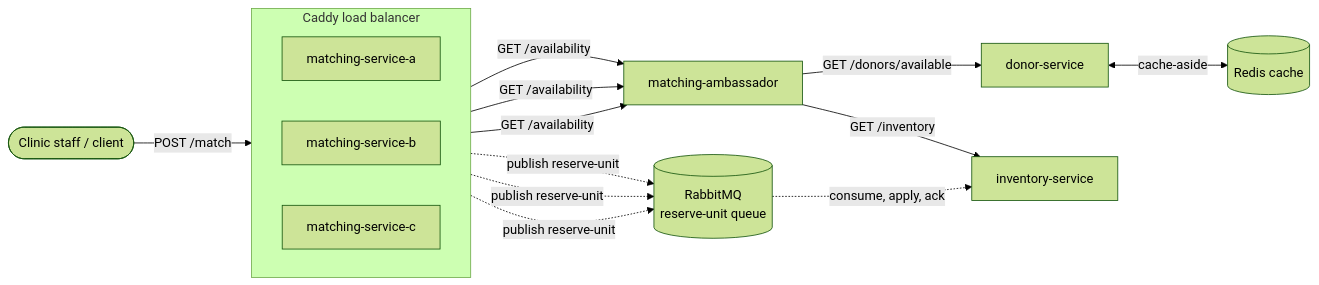
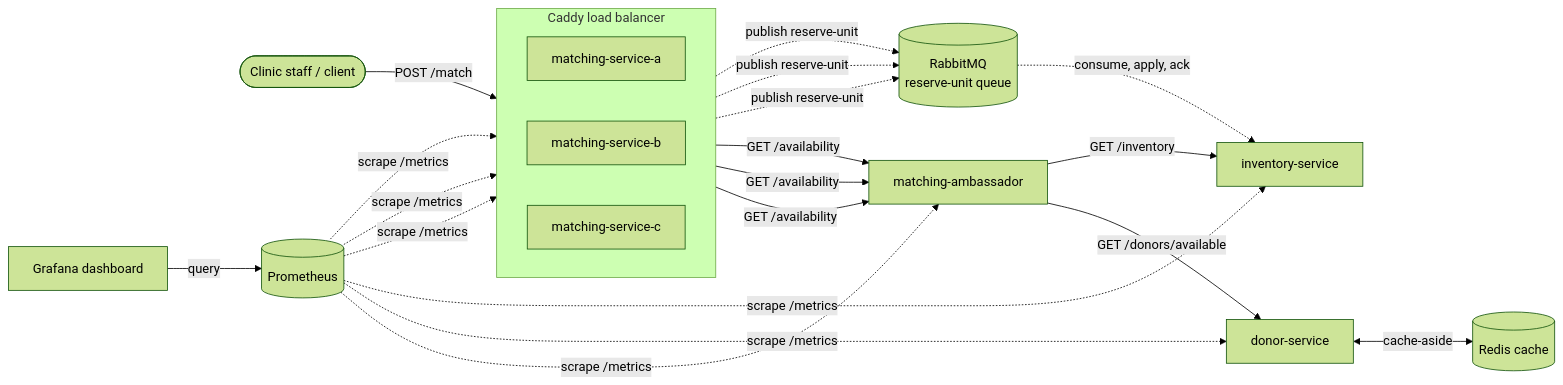
One commit to RitonlyD/426-project-ritonly-rafael changed the diagram in docs/SERVICES.md. Above: the diagram before and after it, drawn with Mermaid (forest theme). The commit also changed other lines of this file, not shown here.

Commit message:
docs(services): add Prometheus/Grafana to the final system diagram

````diff
--- a/docs/SERVICES.md
+++ b/docs/SERVICES.md
@@ -29,30 +35,40 @@
 ```mermaid
 flowchart LR
     Client([Clinic staff / client])
 
     subgraph Caddy_LB[Caddy load balancer]
         direction LR
         MatchingA[matching-service-a]
         MatchingB[matching-service-b]
         MatchingC[matching-service-c]
     end
 
     Ambassador[matching-ambassador]
     Donor[donor-service]
     DonorCache[(Redis cache)]
     Inventory[inventory-service]
     Queue[(RabbitMQ<br/>reserve-unit queue)]
+    Prom[(Prometheus)]
+    Graf[Grafana dashboard]
 
     Client -->|POST /match| Caddy_LB
     MatchingA -->|GET /availability| Ambassador
     MatchingB -->|GET /availability| Ambassador
     MatchingC -->|GET /availability| Ambassador
     Ambassador -->|GET /donors/available| Donor
     Ambassador -->|GET /inventory| Inventory
     Donor <-->|cache-aside| DonorCache
 
     MatchingA -.->|publish reserve-unit| Queue
     MatchingB -.->|publish reserve-unit| Queue
     MatchingC -.->|publish reserve-unit| Queue
     Queue -.->|consume, apply, ack| Inventory
+
+    Prom -.->|scrape /metrics| MatchingA
+    Prom -.->|scrape /metrics| MatchingB
+    Prom -.->|scrape /metrics| MatchingC
+    Prom -.->|scrape /metrics| Ambassador
+    Prom -.->|scrape /metrics| Donor
+    Prom -.->|scrape /metrics| Inventory
+    Graf -->|query| Prom
 ```
````
